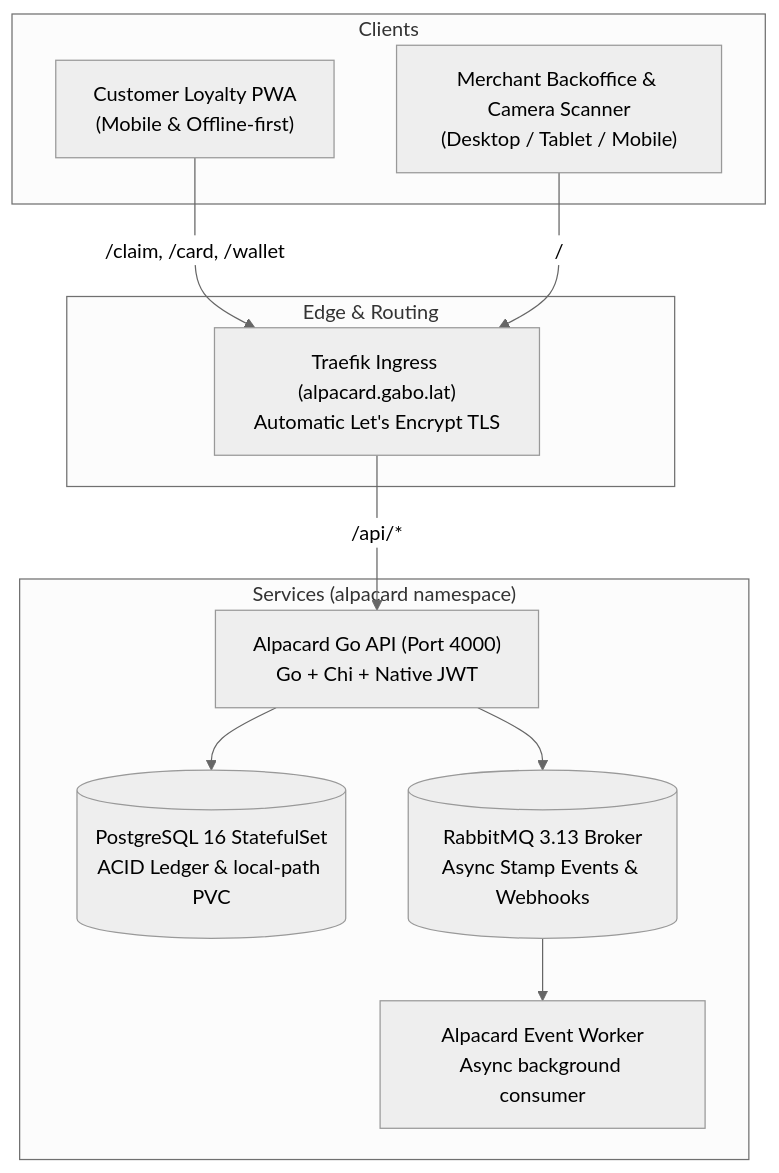
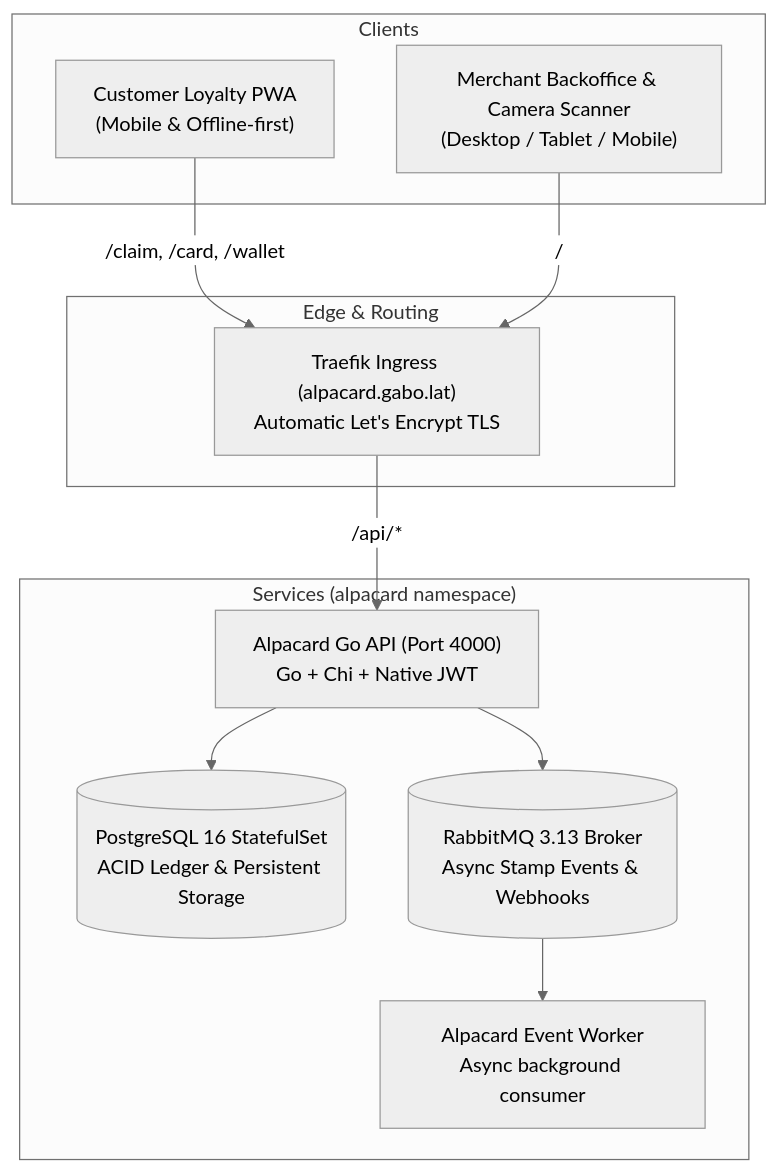
The diagram in README.md (Gabmetal/alpacard-web), drawn with Mermaid (neutral theme) before and after one commit. The commit also changed other lines of this file and 19 other files, not shown here.

````diff
--- a/README.md
+++ b/README.md
@@ -72,25 +72,25 @@
 ```mermaid
 flowchart TD
     subgraph Clients["Clients"]
         CustomerWallet["Customer Loyalty PWA<br/>(Mobile & Offline-first)"]
         MerchantWeb["Merchant Backoffice & Camera Scanner<br/>(Desktop / Tablet / Mobile)"]
     end
 
     subgraph Ingress["Edge & Routing"]
         Traefik["Traefik Ingress (alpacard.gabo.lat)<br/>Automatic Let's Encrypt TLS"]
     end
 
     subgraph Services["Services (alpacard namespace)"]
         GoAPI["Alpacard Go API (Port 4000)<br/>Go + Chi + Native JWT"]
-        Postgres[("PostgreSQL 16 StatefulSet<br/>ACID Ledger & local-path PVC")]
+        Postgres[("PostgreSQL 16 StatefulSet<br/>ACID Ledger & Persistent Storage")]
         RabbitMQ[("RabbitMQ 3.13 Broker<br/>Async Stamp Events & Webhooks")]
         GoWorker["Alpacard Event Worker<br/>Async background consumer"]
     end
 
     CustomerWallet -->|/claim, /card, /wallet| Traefik
     MerchantWeb -->|/| Traefik
     Traefik -->|/api/*| GoAPI
     GoAPI --> Postgres
     GoAPI --> RabbitMQ
     RabbitMQ --> GoWorker
 ```
````
